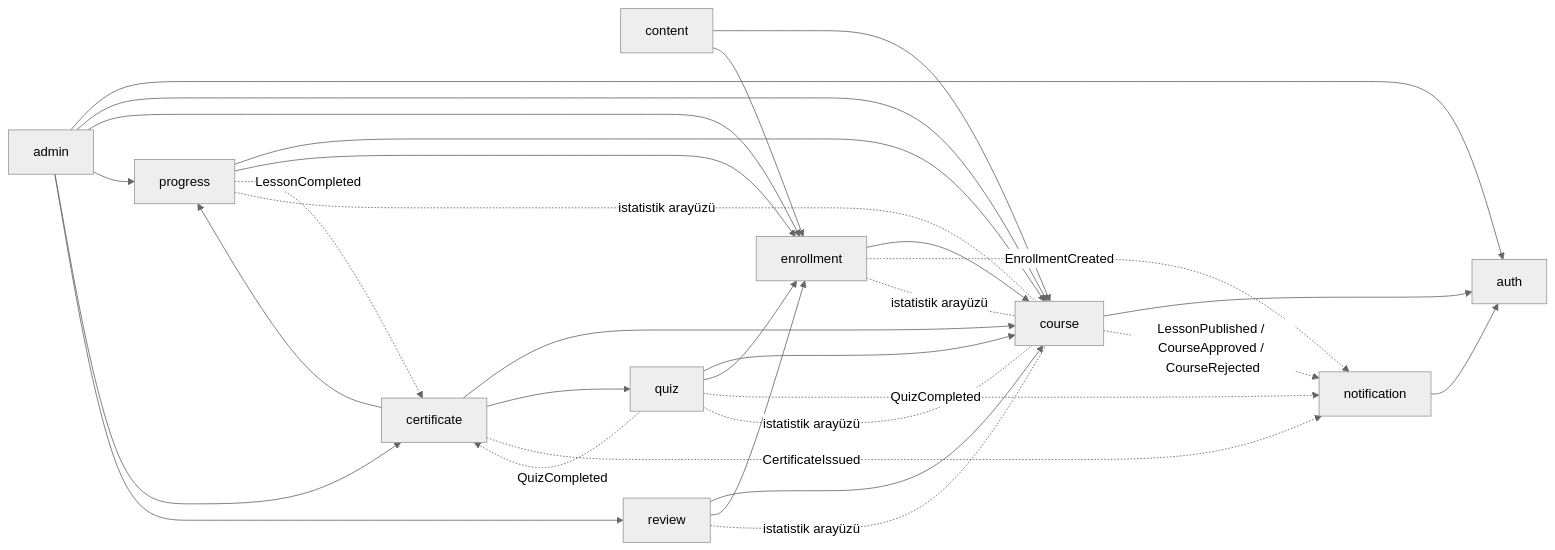
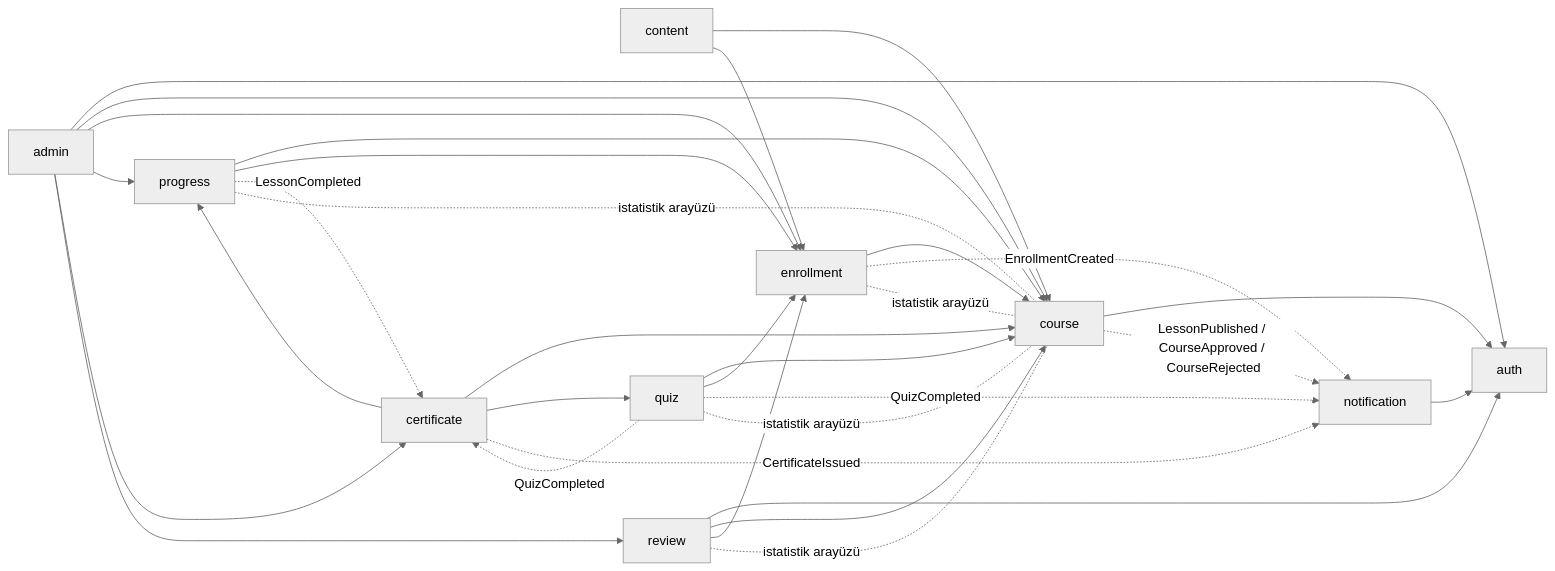
The second of 2 diagrams in docs/architecture.md (Bertanokt/mini-udemy), drawn with Mermaid (neutral theme) before and after one commit. The commit also changed other lines of this file, not shown here.

Commit message:
architecture.md: review modülünün auth bağımlılığı (yazar adı için UserDirectoryService)

````diff
--- a/docs/architecture.md
+++ b/docs/architecture.md
@@ -177,36 +177,37 @@
 ```mermaid
 flowchart LR
   auth
   course --> auth
   enrollment --> course
   content --> course
   content --> enrollment
   progress --> course
   progress --> enrollment
   quiz --> course
   quiz --> enrollment
   certificate --> course
   certificate --> progress
   certificate --> quiz
+  review --> auth
   review --> course
   review --> enrollment
   notification --> auth
   admin --> auth
   admin --> course
   admin --> enrollment
   admin --> progress
   admin --> certificate
   admin --> review
 
   enrollment -. EnrollmentCreated .-> notification
   course -. LessonPublished / CourseApproved / CourseRejected .-> notification
   progress -. LessonCompleted .-> certificate
   quiz -. QuizCompleted .-> certificate
   quiz -. QuizCompleted .-> notification
   certificate -. CertificateIssued .-> notification
 
   enrollment -.-|istatistik arayüzü| course
   progress -.-|istatistik arayüzü| course
   quiz -.-|istatistik arayüzü| course
   review -.-|istatistik arayüzü| course
 ```
````
